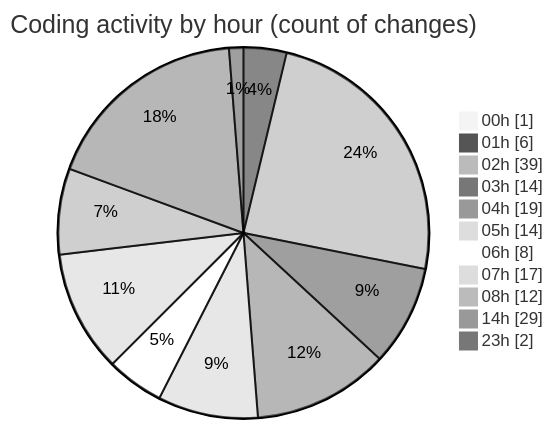
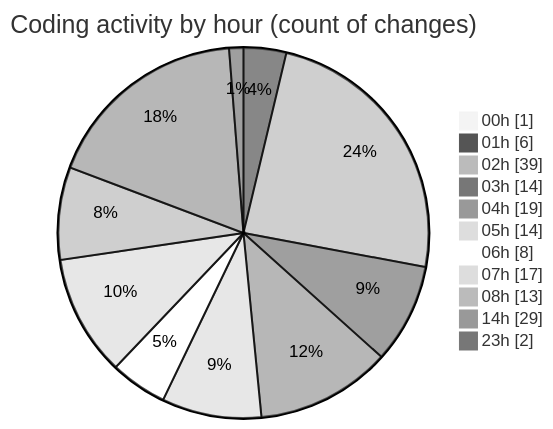
Before and after one commit to charlie-sans/code-tracking: the second of 2 diagrams in 2025-02-19/masm/README.md, drawn with Mermaid (neutral theme). The commit also changed other lines of this file and 1 other file, not shown here.

````diff
--- a/2025-02-19/masm/README.md
+++ b/2025-02-19/masm/README.md
@@ -53,15 +54,15 @@
 ```mermaid
 pie showData
 title Coding activity by hour (count of changes)
 "00h" : 1
 "01h" : 6
 "02h" : 39
 "03h" : 14
 "04h" : 19
 "05h" : 14
 "06h" : 8
 "07h" : 17
-"08h" : 12
+"08h" : 13
 "14h" : 29
 "23h" : 2
 ```
````
